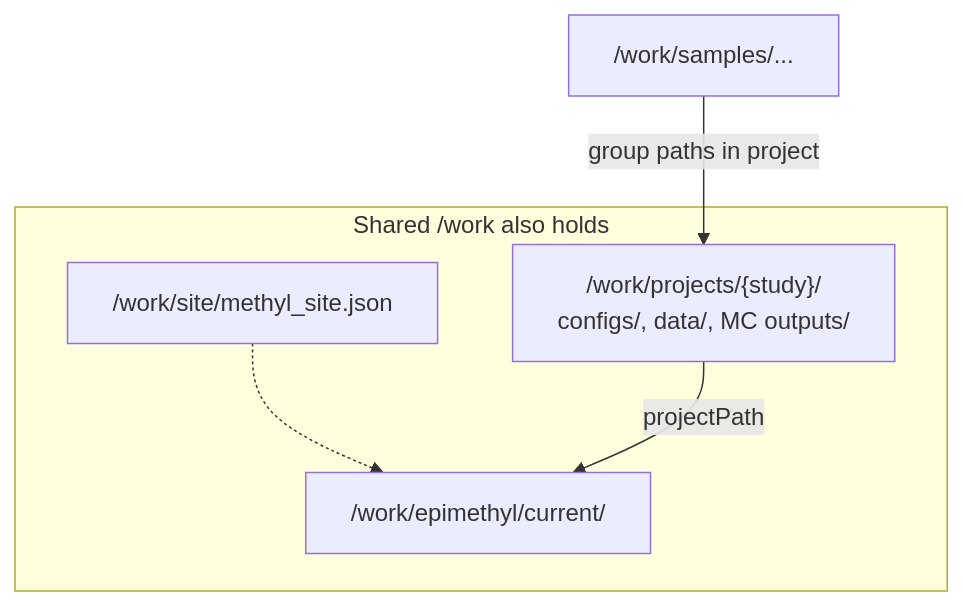
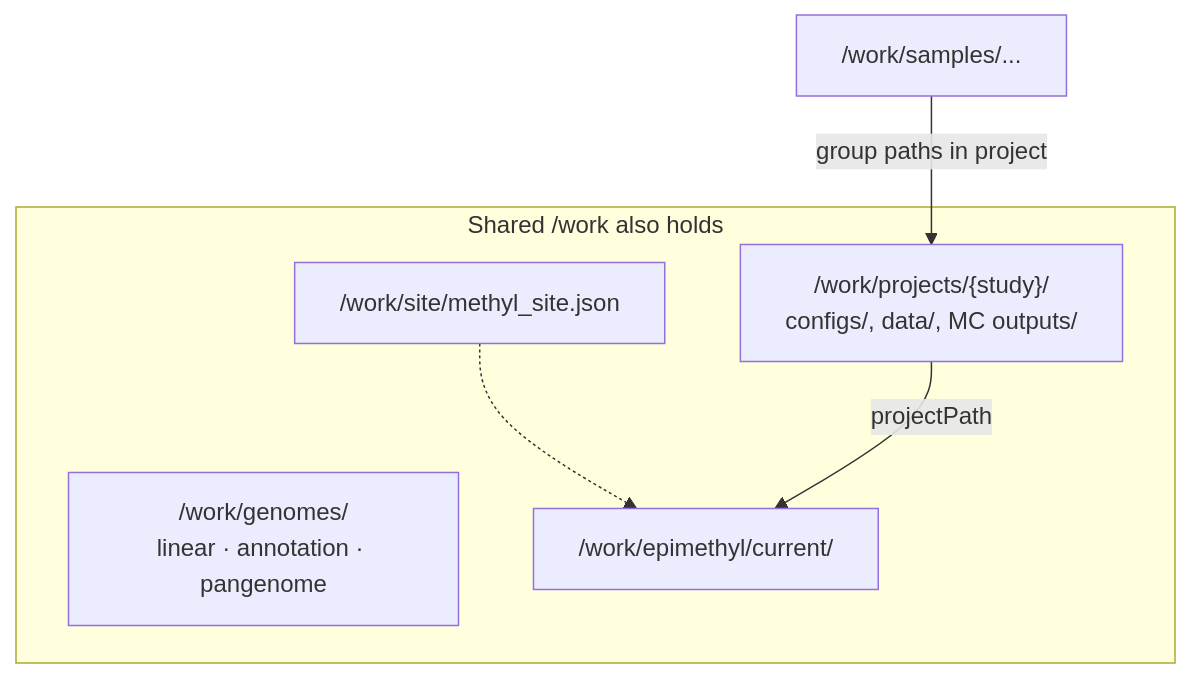
One commit to Goliath-Research/GoliathWorkflow changed the fourth of 18 diagrams in docs/architecture/end-to-end-workflow.md. Above: the diagram before and after it, drawn with Mermaid. The commit also changed other lines of this file and 10 other files, not shown here.

````diff
--- a/docs/architecture/end-to-end-workflow.md
+++ b/docs/architecture/end-to-end-workflow.md
@@ -103,11 +105,12 @@
 ```mermaid
 flowchart TB
   subgraph work["Shared /work also holds"]
     PROJ["/work/projects/{study}/<br/>configs/, data/, MC outputs/"]
     SITE["/work/site/methyl_site.json"]
+    GEN["/work/genomes/<br/>linear · annotation · pangenome"]
     EPI["/work/epimethyl/current/"]
   end
   W2["/work/samples/..."] -->|"group paths in project"| PROJ
   SITE -.-> EPI
   PROJ -->|"projectPath"| EPI
 ```
````
